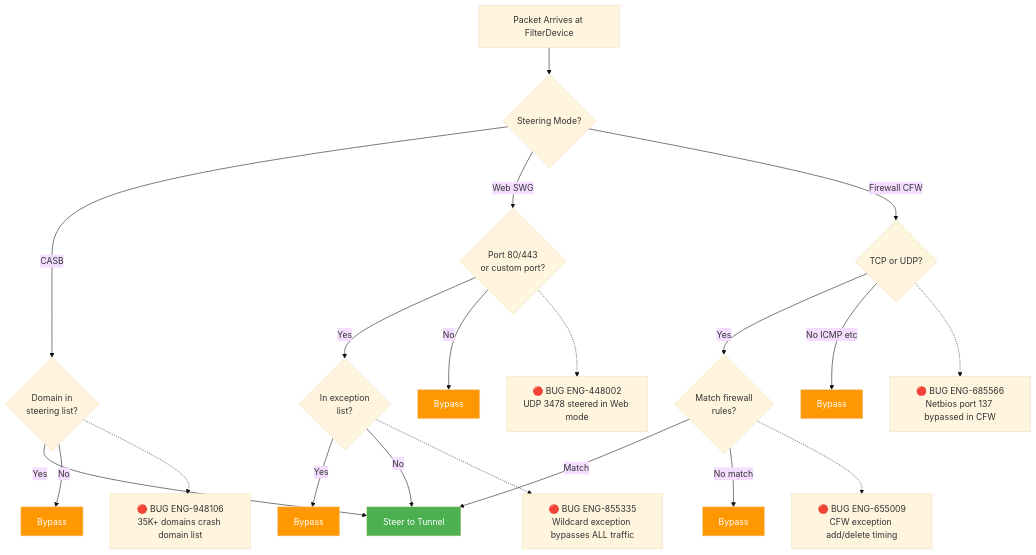
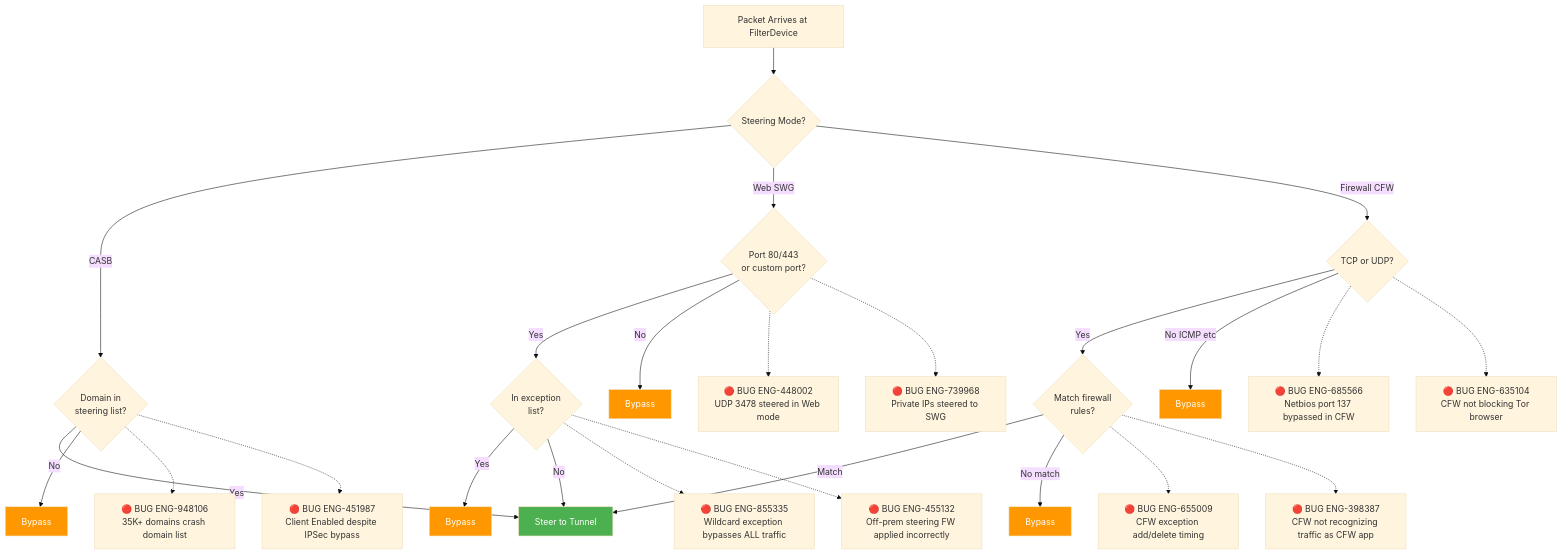
The second of 14 diagrams in chapters/09_traffic_steering.md (ns-klin/endpoint_system_test_plan), drawn with Mermaid (base theme) before and after one commit. The commit also changed other lines of this file and 26 other files, not shown here.

First line of the commit message:
Add 87 bugs from Excel enrichment and integrate into mermaid diagrams

````diff
--- a/chapters/09_traffic_steering.md
+++ b/chapters/09_traffic_steering.md
@@ -120,34 +123,39 @@
 ```mermaid
 flowchart TD
     START[Packet Arrives at FilterDevice] --> MODE{Steering Mode?}
 
     MODE -->|CASB| CASB_CHECK{Domain in<br/>steering list?}
     CASB_CHECK -->|Yes| STEER[Steer to Tunnel]
     CASB_CHECK -->|No| BYPASS_CASB[Bypass]
 
     MODE -->|Web SWG| PORT_CHECK{Port 80/443<br/>or custom port?}
     PORT_CHECK -->|Yes| EXCEPTION{In exception<br/>list?}
     PORT_CHECK -->|No| BYPASS_WEB[Bypass]
 
     MODE -->|Firewall CFW| PROTO_CHECK{TCP or UDP?}
     PROTO_CHECK -->|Yes| FW_RULES{Match firewall<br/>rules?}
     PROTO_CHECK -->|No ICMP etc| BYPASS_FW[Bypass]
 
     EXCEPTION -->|Yes| BYPASS_EX[Bypass]
     EXCEPTION -->|No| STEER
     FW_RULES -->|Match| STEER
     FW_RULES -->|No match| BYPASS_FW_NM[Bypass]
 
     PORT_CHECK -.-> BUG_448002["🔴 BUG ENG-448002<br/>UDP 3478 steered in Web mode"]
     PROTO_CHECK -.-> BUG_685566["🔴 BUG ENG-685566<br/>Netbios port 137 bypassed in CFW"]
     EXCEPTION -.-> BUG_855335["🔴 BUG ENG-855335<br/>Wildcard exception bypasses ALL traffic"]
     CASB_CHECK -.-> BUG_948106["🔴 BUG ENG-948106<br/>35K+ domains crash domain list"]
     FW_RULES -.-> BUG_655009["🔴 BUG ENG-655009<br/>CFW exception add/delete timing"]
+    FW_RULES -.-> BUG_398387["🔴 BUG ENG-398387<br/>CFW not recognizing traffic as CFW app"]
+    PROTO_CHECK -.-> BUG_635104["🔴 BUG ENG-635104<br/>CFW not blocking Tor browser"]
+    EXCEPTION -.-> BUG_455132["🔴 BUG ENG-455132<br/>Off-prem steering FW applied incorrectly"]
+    CASB_CHECK -.-> BUG_451987["🔴 BUG ENG-451987<br/>Client Enabled despite IPSec bypass"]
+    PORT_CHECK -.-> BUG_739968["🔴 BUG ENG-739968<br/>Private IPs steered to SWG"]
 
     style STEER fill:#4CAF50,color:#fff
     style BYPASS_CASB fill:#FF9800,color:#fff
     style BYPASS_WEB fill:#FF9800,color:#fff
     style BYPASS_FW fill:#FF9800,color:#fff
     style BYPASS_EX fill:#FF9800,color:#fff
     style BYPASS_FW_NM fill:#FF9800,color:#fff
 ```
````
